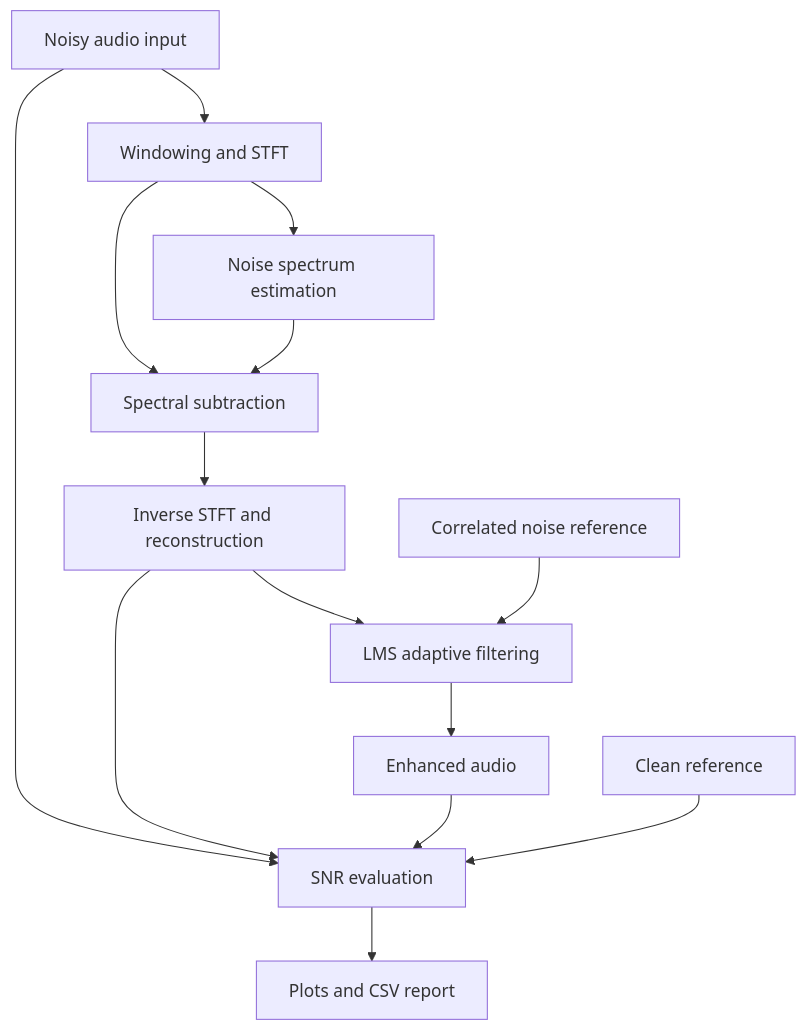
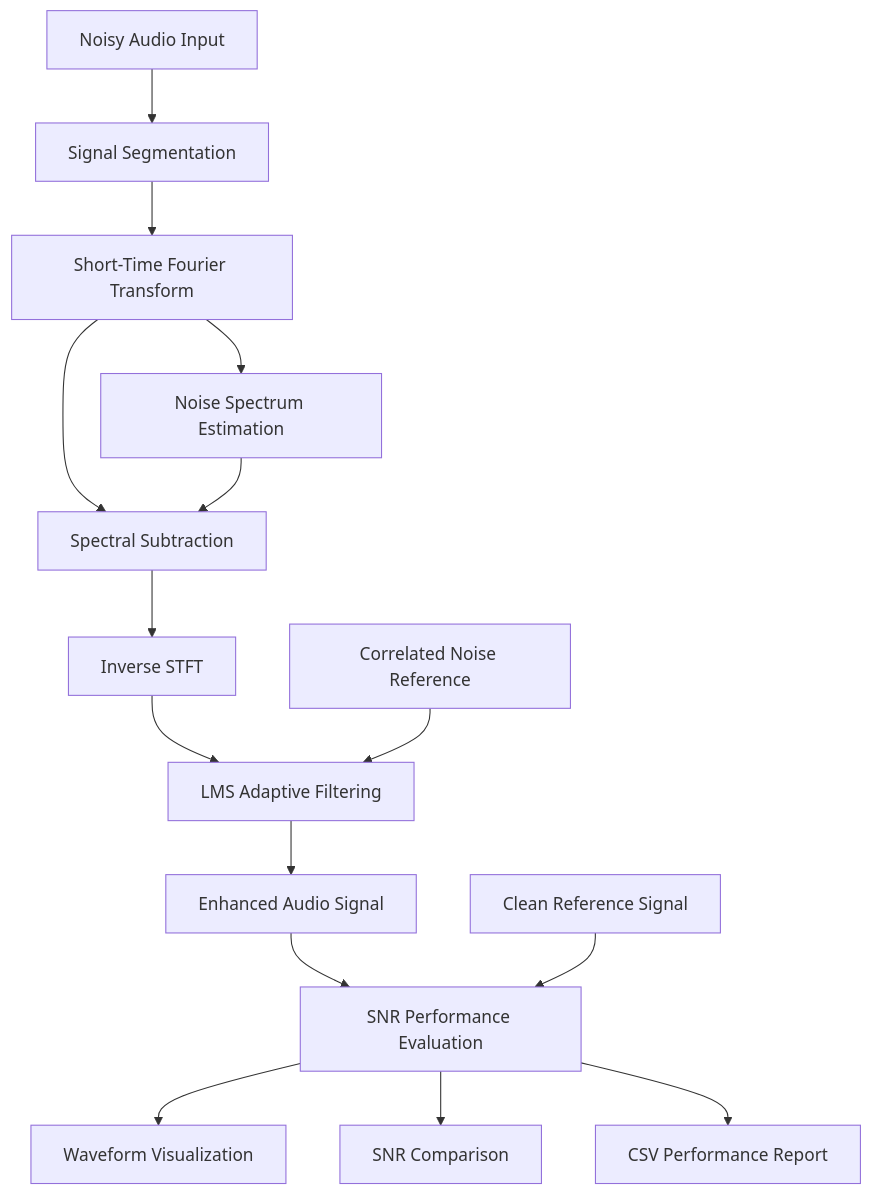
Before and after one commit to srishtii26/Studio-Signal-Noise-Cancellation: the diagram in README.md, drawn with Mermaid. The commit also changed other lines of this file, not shown here.

````diff
--- a/README.md
+++ b/README.md
@@ -76,16 +180,17 @@
 ```mermaid
 flowchart TD
-    A[Noisy audio input] --> B[Windowing and STFT]
-    B --> C[Noise spectrum estimation]
-    B --> D[Spectral subtraction]
-    C --> D
-    D --> E[Inverse STFT and reconstruction]
-    E --> F[LMS adaptive filtering]
-    R[Correlated noise reference] --> F
-    F --> G[Enhanced audio]
-    A --> H[SNR evaluation]
-    E --> H
-    G --> H
-    S[Clean reference] --> H
-    H --> I[Plots and CSV report]
+    A[Noisy Audio Input] --> B[Signal Segmentation]
+    B --> C[Short-Time Fourier Transform]
+    C --> D[Noise Spectrum Estimation]
+    C --> E[Spectral Subtraction]
+    D --> E
+    E --> F[Inverse STFT]
+    F --> G[LMS Adaptive Filtering]
+    R[Correlated Noise Reference] --> G
+    G --> H[Enhanced Audio Signal]
+    H --> I[SNR Performance Evaluation]
+    S[Clean Reference Signal] --> I
+    I --> J[Waveform Visualization]
+    I --> K[SNR Comparison]
+    I --> L[CSV Performance Report]
 ```
````
